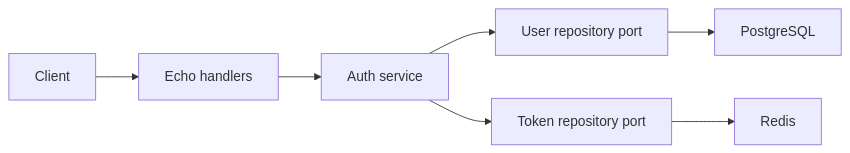
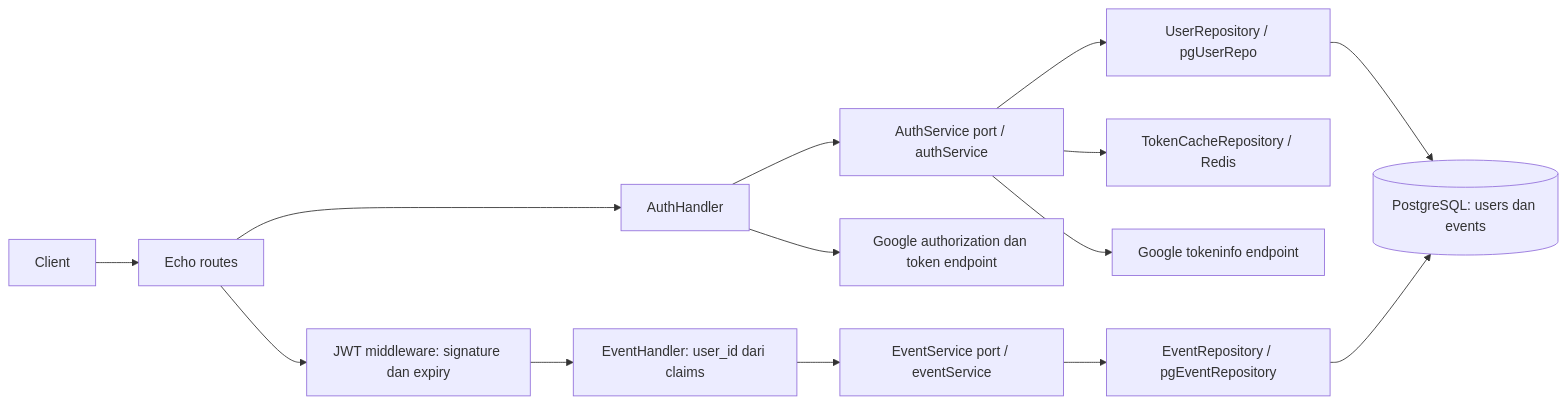
One commit to AdityaIrfan/go-auth changed the first of 3 diagrams in README.md. Above: the diagram before and after it, drawn with Mermaid. The commit also changed other lines of this file and 48 other files, not shown here.

````diff
--- a/README.md
+++ b/README.md
@@ -36,9 +40,16 @@
 ```mermaid
 flowchart LR
-    Client --> Echo[Echo handlers]
-    Echo --> AuthService[Auth service]
-    AuthService --> UserPort[User repository port]
-    AuthService --> TokenPort[Token repository port]
-    UserPort --> PostgreSQL
-    TokenPort --> Redis
+    Client --> Routes[Echo routes]
+    Routes --> AuthHandler[AuthHandler]
+    AuthHandler --> AuthService[AuthService port / authService]
+    AuthService --> UserRepo[UserRepository / pgUserRepo]
+    AuthService --> TokenRepo[TokenCacheRepository / Redis]
+    UserRepo --> PG[(PostgreSQL: users dan events)]
+    Routes --> JWT[JWT middleware: signature dan expiry]
+    JWT --> EventHandler[EventHandler: user_id dari claims]
+    EventHandler --> EventService[EventService port / eventService]
+    EventService --> EventRepo[EventRepository / pgEventRepository]
+    EventRepo --> PG
+    AuthHandler --> GoogleOAuth[Google authorization dan token endpoint]
+    AuthService --> GoogleInfo[Google tokeninfo endpoint]
 ```
````
